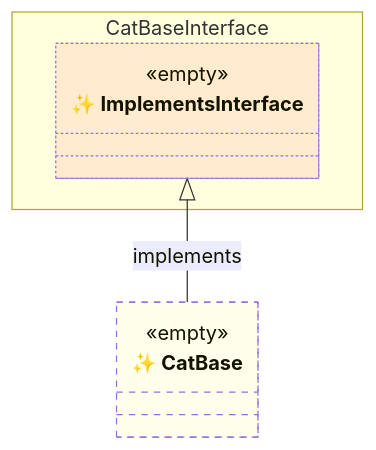
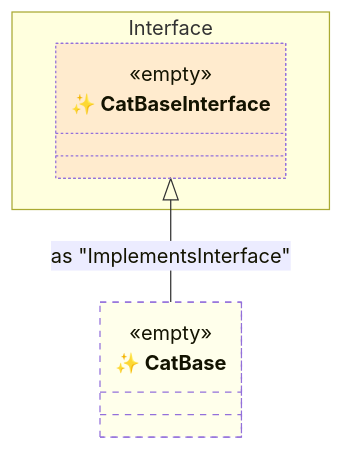
One commit to thecodecrate/python-pipeline changed the fifth of 10 diagrams in tests/spec-001--class-composition-with-partial-classes.md. Above: the diagram before and after it, drawn with Mermaid. The commit also changed other lines of this file, not shown here.

````diff
--- a/tests/spec-001--class-composition-with-partial-classes.md
+++ b/tests/spec-001--class-composition-with-partial-classes.md
@@ -237,25 +245,25 @@
 ```mermaid
 classDiagram
-    namespace CatBaseInterface {
-        class Interface1["✨ ImplementsInterface"] {
+    namespace Interface {
+        class Interface1["✨ CatBaseInterface"] {
             <<empty>>
             %% Empty interface
         }
     }
 
     class Base["✨ CatBase"] {
         <<empty>>
         %% Empty class
     }
 
     %% Relationships
-    Interface1 <|-- Base : implements
+    Interface1 <|-- Base : as "ImplementsInterface"
 
     %% Apply Styles
     style Base fill:#ffff6020, stroke-dasharray: 5 5
     style Composed bugfix:#111, stroke-width:2px, font-weight: bold
     style Partial1 bugfix:#111, stroke-dasharray: 5 5
     style Partial2 bugfix:#111, stroke-dasharray: 5 5
     style Partial3 bugfix:#111, stroke-dasharray: 5 5
     style Interface1 fill:#ff606020, stroke-dasharray: 2 2
 ```
````
